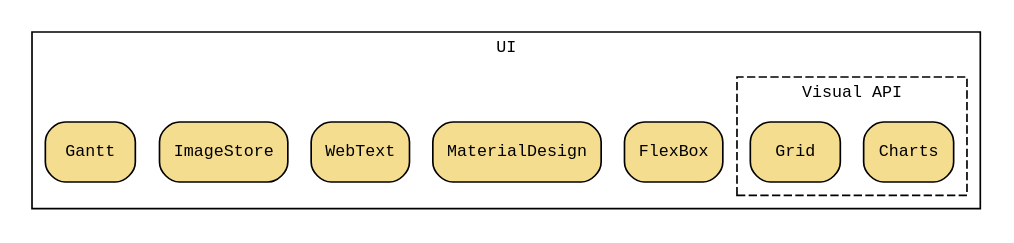
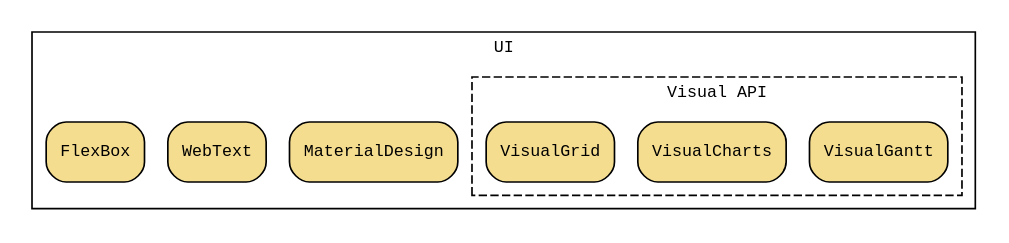
Before and after one commit to webfx-project/webfx-docs: the diagram in src/main/asciidoc/webfx-extras/webfx-extras.adoc, drawn with Graphviz.

Commit message:
Removed ImageStore and aligned boxes in webfx-extras diagram

```diff
--- a/src/main/asciidoc/webfx-extras/webfx-extras.adoc
+++ b/src/main/asciidoc/webfx-extras/webfx-extras.adoc
@@ -3,27 +3,32 @@
 [graphviz, webfx-extras, format=svg]
 ----
 digraph D {
     graph [compound=true, ranksep=0.3, nodesep=0.2, fontname=monospace, fontsize=10]
     node [shape="rectangle", style="rounded,filled", fillcolor="#f5dd90", fontname=monospace, fontsize=10]
 
     subgraph cluster_UI {
         label = "UI"
 
         FlexBox
         MaterialDesign
         WebText
-        ImageStore
-        Gantt
 
         subgraph cluster_V {
             label = "Visual API"
             style = "dashed"
 
-            Charts
-            Grid
+            VisualGrid
+            VisualCharts
+            VisualGantt
+
+            {rank=same VisualGrid VisualCharts VisualGantt}
+            VisualGrid -> VisualCharts -> VisualGantt [style=invis]
         }
+
+        {rank=same FlexBox WebText MaterialDesign}
+        FlexBox -> WebText -> MaterialDesign [style=invis]
 
     }
 
 }
 ----
```
